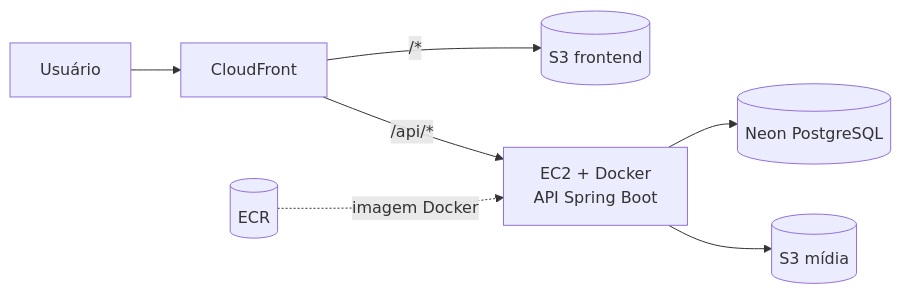
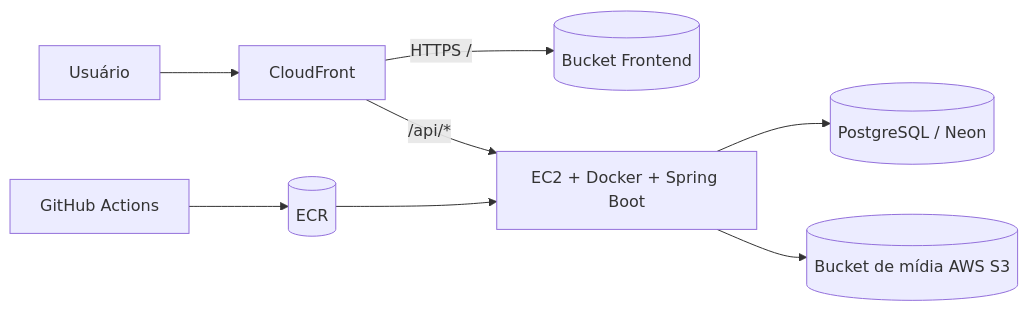
Before and after one commit to CaioLira18/java-react-universeDC: the diagram in README.md, drawn with Mermaid. The commit also changed other lines of this file, not shown here.

````diff
--- a/README.md
+++ b/README.md
@@ -28,9 +43,10 @@
 ```mermaid
 flowchart LR
     U[Usuário] --> CF[CloudFront]
-    CF -- "/*" --> S3F[(S3 frontend)]
-    CF -- "/api/*" --> EC2[EC2 + Docker<br/>API Spring Boot]
-    EC2 --> NEON[(Neon PostgreSQL)]
-    EC2 --> S3M[(S3 mídia)]
-    ECR[(ECR)] -. imagem Docker .-> EC2
+    CF -->|HTTPS /| S3[(Bucket Frontend)]
+    CF -->|/api/*| EC2[EC2 + Docker + Spring Boot]
+    EC2 --> DB[(PostgreSQL / Neon)]
+    EC2 --> S3MEDIA[(Bucket de mídia AWS S3)]
+    GH[GitHub Actions] --> ECR[(ECR)]
+    ECR --> EC2
 ```
````
